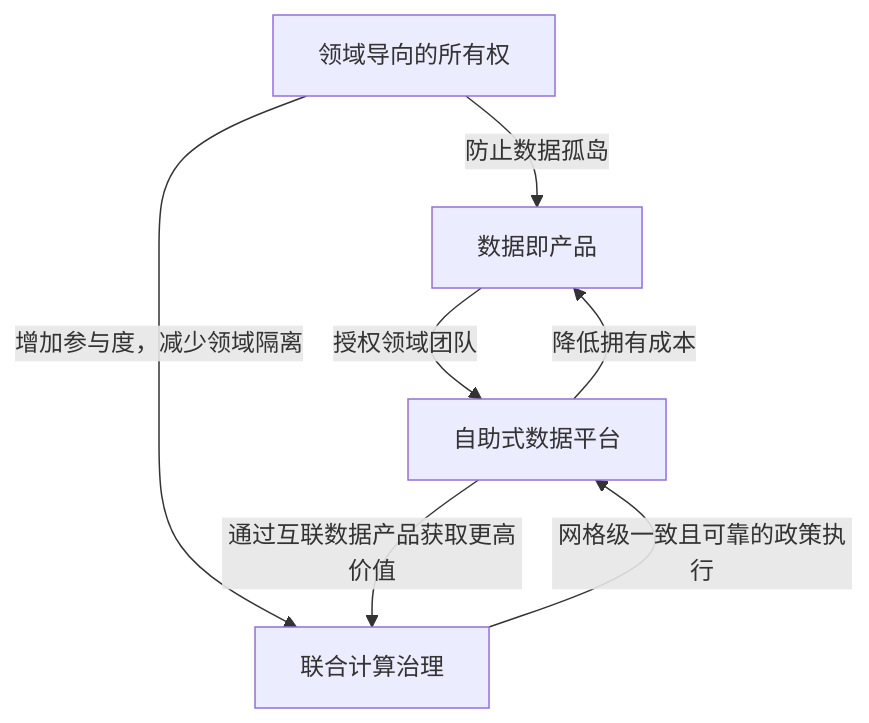
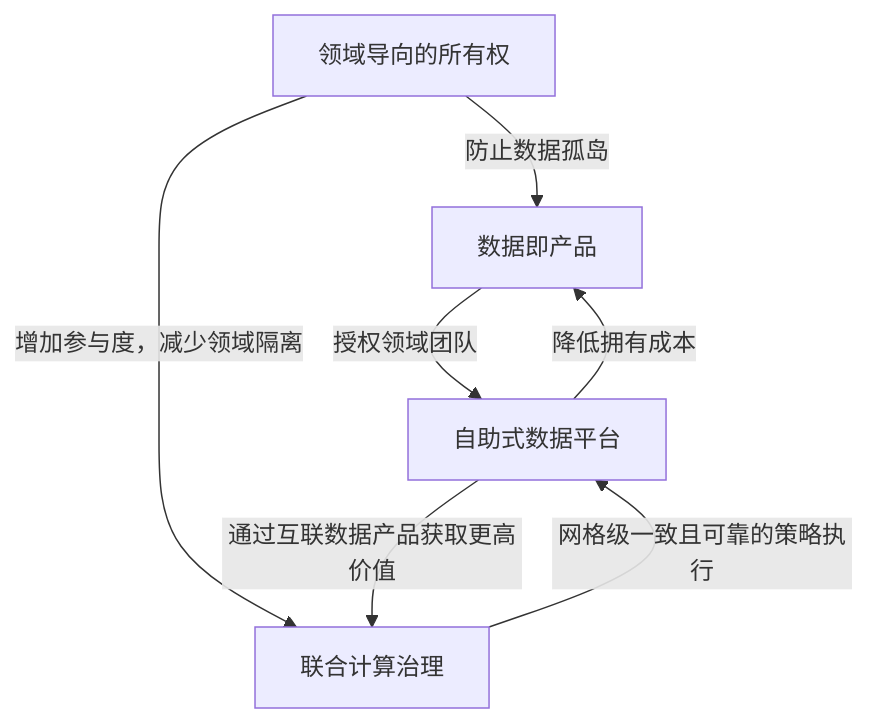
The second of 2 diagrams in doc/数据技术/数据网格.md (0xcaffebabe/note), drawn with Mermaid before and after one commit. The commit also changed other lines of this file, not shown here.

````diff
--- a/doc/数据技术/数据网格.md
+++ b/doc/数据技术/数据网格.md
@@ -55,15 +55,15 @@
 ```mermaid
 graph TD
     A[领域导向的所有权]
     B[数据即产品]
     C[自助式数据平台]
     D[联合计算治理]
 
     A --> | 防止数据孤岛| B
     B --> | 授权领域团队| C
     C --> | 降低拥有成本| B
     A --> | 增加参与度，减少领域隔离| D
-    D --> | 网格级一致且可靠的政策执行| C
+    D --> | 网格级一致且可靠的策略执行| C
     C --> | 通过互联数据产品获取更高价值| D
 
 ```
````
